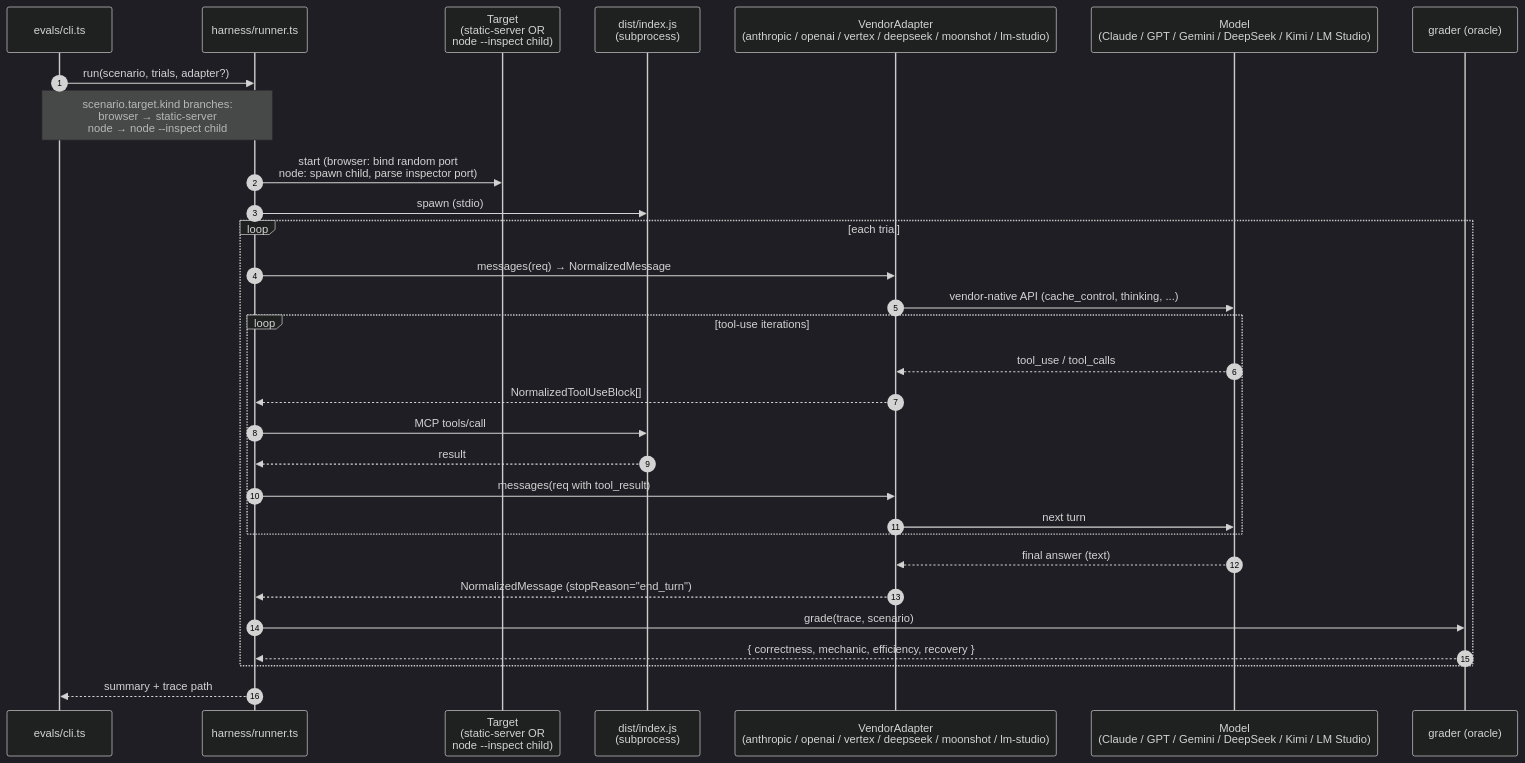
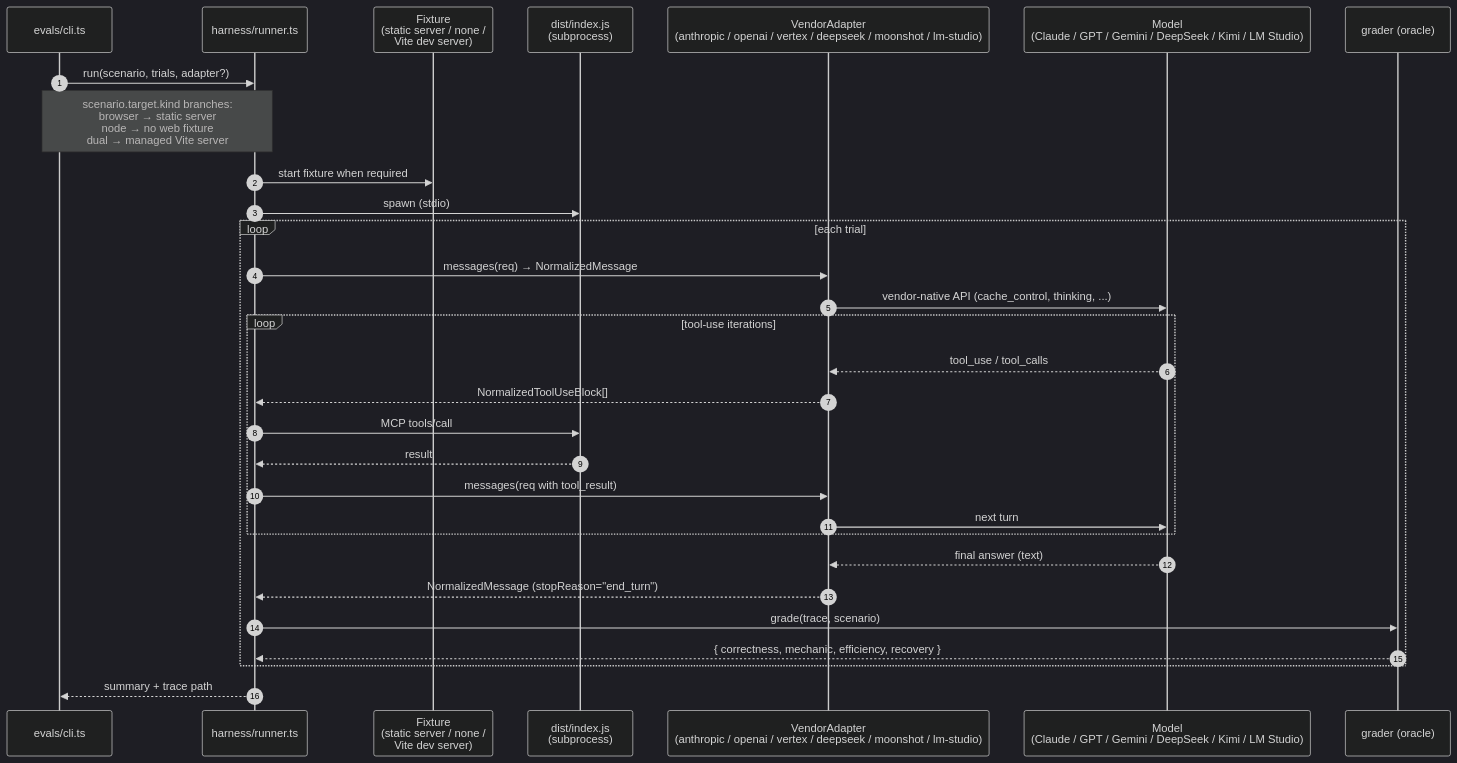
One commit to lcjanke2020/lynceus changed the diagram in evals/README.md. Above: the diagram before and after it, drawn with Mermaid (dark theme). The commit also changed other lines of this file and 20 other files, not shown here.

````diff
--- a/evals/README.md
+++ b/evals/README.md
@@ -93,33 +117,33 @@
 ```mermaid
 sequenceDiagram
     autonumber
     participant CLI as evals/cli.ts
     participant R as harness/runner.ts
-    participant T as Target<br/>(static-server OR<br/>node --inspect child)
+    participant T as Fixture<br/>(static server / none /<br/>Vite dev server)
     participant MCP as dist/index.js<br/>(subprocess)
     participant A as VendorAdapter<br/>(anthropic / openai / vertex / deepseek / moonshot / lm-studio)
     participant Cl as Model<br/>(Claude / GPT / Gemini / DeepSeek / Kimi / LM Studio)
     participant Or as grader (oracle)
 
     CLI->>R: run(scenario, trials, adapter?)
-    Note over CLI,R: scenario.target.kind branches:<br/>browser → static-server<br/>node → node --inspect child
-    R->>T: start (browser: bind random port<br/>node: spawn child, parse inspector port)
+    Note over CLI,R: scenario.target.kind branches:<br/>browser → static server<br/>node → no web fixture<br/>dual → managed Vite server
+    R->>T: start fixture when required
     R->>MCP: spawn (stdio)
     loop each trial
         R->>A: messages(req) → NormalizedMessage
         A->>Cl: vendor-native API (cache_control, thinking, ...)
         loop tool-use iterations
             Cl-->>A: tool_use / tool_calls
             A-->>R: NormalizedToolUseBlock[]
             R->>MCP: MCP tools/call
             MCP-->>R: result
             R->>A: messages(req with tool_result)
             A->>Cl: next turn
         end
         Cl-->>A: final answer (text)
         A-->>R: NormalizedMessage (stopReason="end_turn")
         R->>Or: grade(trace, scenario)
         Or-->>R: { correctness, mechanic, efficiency, recovery }
     end
     R-->>CLI: summary + trace path
 ```
````
